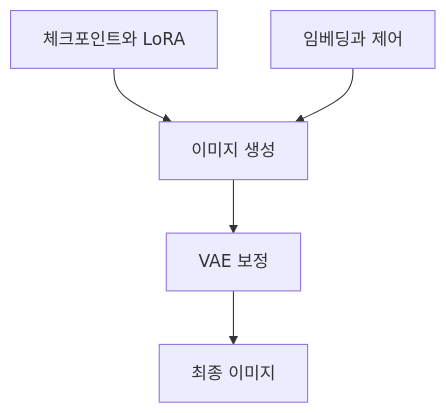
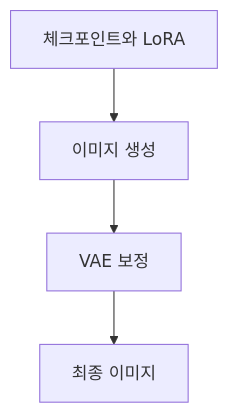
The first of 2 diagrams in ComputerScience/03_ai-ml-data/generative-ai-fine-tuning/notes/50. 이미지 LoRA 학습과 적용.md (umyunsang/edu), drawn with Mermaid before and after one commit.

Commit message:
Auto-save: Updated ComputerScience/03_ai-ml-data/generative-ai-fine-tuning/notes/50. 이미지 LoRA 학습과 적용.md

````diff
--- a/ComputerScience/03_ai-ml-data/generative-ai-fine-tuning/notes/50. 이미지 LoRA 학습과 적용.md
+++ b/ComputerScience/03_ai-ml-data/generative-ai-fine-tuning/notes/50. 이미지 LoRA 학습과 적용.md
@@ -34,7 +34,6 @@
 ```mermaid
 flowchart TB
     Base[체크포인트와 LoRA] --> Generate[이미지 생성]
-    Control[임베딩과 제어] --> Generate
     Generate --> VAE[VAE 보정]
     VAE --> Output[최종 이미지]
 ```
````
